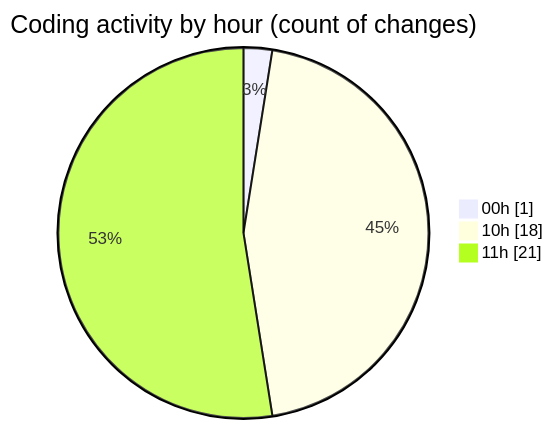
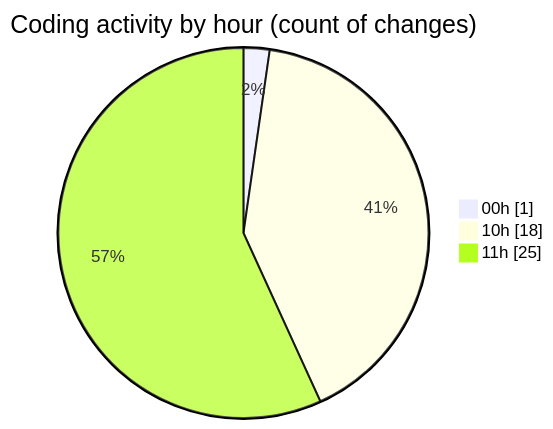
Before and after one commit to Ritupan-Deka/code-tracking: the second of 2 diagrams in 2025-07-08/urlwebwala_intership_work/README.md, drawn with Mermaid. The commit also changed other lines of this file and 1 other file, not shown here.

````diff
--- a/2025-07-08/urlwebwala_intership_work/README.md
+++ b/2025-07-08/urlwebwala_intership_work/README.md
@@ -30,7 +30,7 @@
 ```mermaid
 pie showData
 title Coding activity by hour (count of changes)
 "00h" : 1
 "10h" : 18
-"11h" : 21
+"11h" : 25
 ```
````
